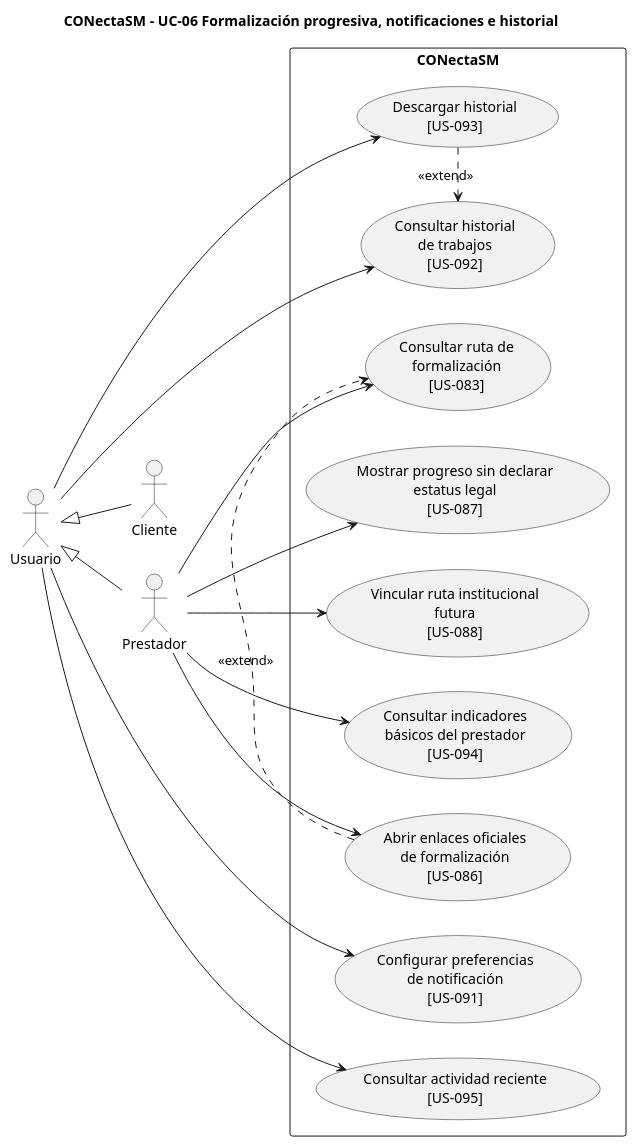
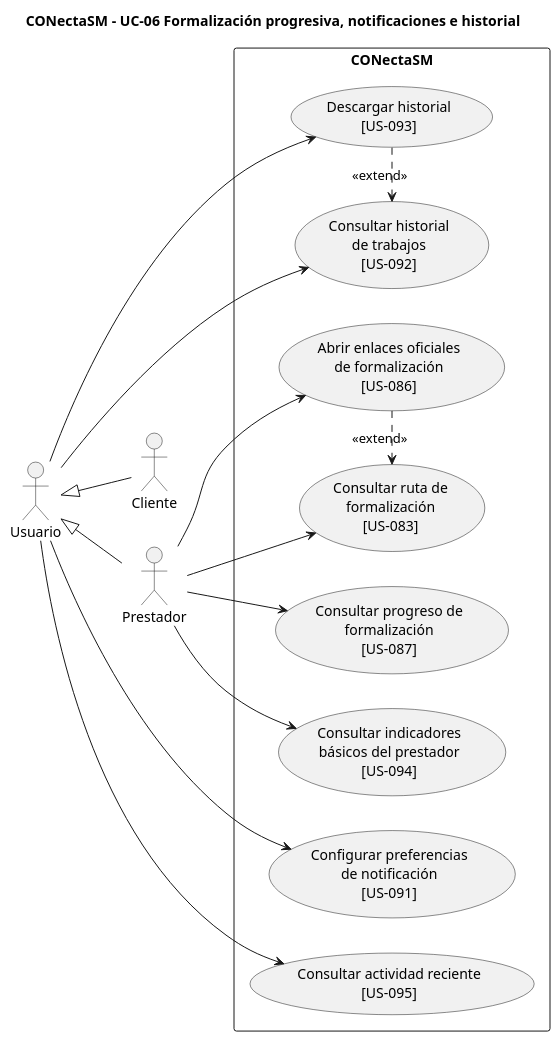
The diagram in FASE-4-Prototipar/08-Casos-de-Uso/Caso-de-uso-6/06_formalizacion_soporte.puml (JsMartinez-dev/proyecto-diseno-ingenieria), drawn with PlantUML before and after one commit. The commit also changed 13 other files, not shown here.

First line of the commit message:
Corrige los diagramas de casos de uso

```diff
--- a/FASE-4-Prototipar/08-Casos-de-Uso/Caso-de-uso-6/06_formalizacion_soporte.puml
+++ b/FASE-4-Prototipar/08-Casos-de-Uso/Caso-de-uso-6/06_formalizacion_soporte.puml
@@ -1,43 +1,41 @@
 @startuml
 title CONectaSM - UC-06 Formalización progresiva, notificaciones e historial
 left to right direction
 skinparam packageStyle rectangle
 skinparam shadowing false
 
 actor "Usuario" as Usuario
 actor "Cliente" as Cliente
 actor "Prestador" as Prestador
 
 
 Usuario <|-- Cliente
 Usuario <|-- Prestador
 
 rectangle "CONectaSM" {
   usecase "Consultar ruta de\nformalización\n[US-083]" as UC077
   usecase "Abrir enlaces oficiales\nde formalización\n[US-086]" as UC078
-  usecase "Mostrar progreso sin declarar\nestatus legal\n[US-087]" as UC079
-  usecase "Vincular ruta institucional\nfutura\n[US-088]" as UC080
+  usecase "Consultar progreso de\nformalización\n[US-087]" as UC079
 
   usecase "Configurar preferencias\nde notificación\n[US-091]" as UC081
   usecase "Consultar historial\nde trabajos\n[US-092]" as UC082
   usecase "Descargar historial\n[US-093]" as UC083
   usecase "Consultar indicadores\nbásicos del prestador\n[US-094]" as UC084
   usecase "Consultar actividad reciente\n[US-095]" as UC085
 }
 
 Prestador --> UC077
 Prestador --> UC078
 Prestador --> UC079
-Prestador --> UC080
 Prestador --> UC084
 
 Usuario --> UC081
 Usuario --> UC082
 Usuario --> UC083
 Usuario --> UC085
 
 UC078 .> UC077 : <<extend>>
 UC083 .> UC082 : <<extend>>
 
 
 @enduml
```
